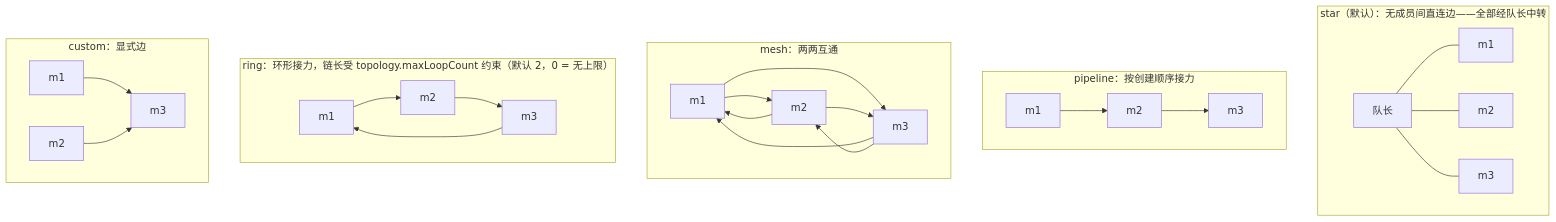
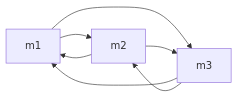
Before and after one commit to CTCingithub/Step-Code-Agent-Team: the fourth of 6 diagrams in README_ZH.md, drawn with Mermaid. The commit also changed other lines of this file and 1 other file, not shown here.

Commit message:
docs: add cost warning and split topology diagrams into separate figures

````diff
--- a/README_ZH.md
+++ b/README_ZH.md
@@ -95,31 +123,9 @@
 ```mermaid
-flowchart TD
-    subgraph star["star（默认）：无成员间直连边——全部经队长中转"]
-        direction LR
-        L["队长"] --- S1["m1"]
-        L --- S2["m2"]
-        L --- S3["m3"]
-    end
-    subgraph pipeline["pipeline：按创建顺序接力"]
-        direction LR
-        P1["m1"] --> P2["m2"] --> P3["m3"]
-    end
-    subgraph mesh["mesh：两两互通"]
-        direction LR
-        M1["m1"] --> M2["m2"]
-        M2 --> M1
-        M1 --> M3["m3"]
-        M3 --> M1
-        M2 --> M3
-        M3 --> M2
-    end
-    subgraph ring["ring：环形接力，链长受 topology.maxLoopCount 约束（默认 2，0 = 无上限）"]
-        direction LR
-        R1["m1"] --> R2["m2"] --> R3["m3"] --> R1
-    end
-    subgraph custom["custom：显式边"]
-        direction LR
-        C1["m1"] --> C3["m3"]
-        C2["m2"] --> C3
-    end
+flowchart LR
+    M1["m1"] --> M2["m2"]
+    M2 --> M1
+    M1 --> M3["m3"]
+    M3 --> M1
+    M2 --> M3
+    M3 --> M2
 ```
````
